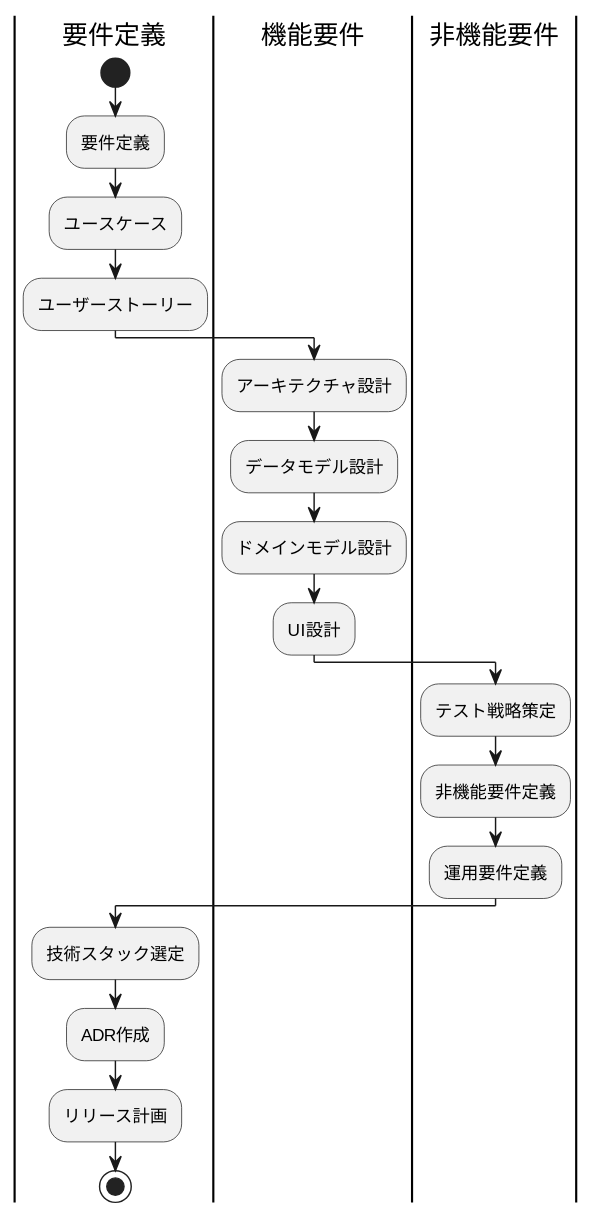
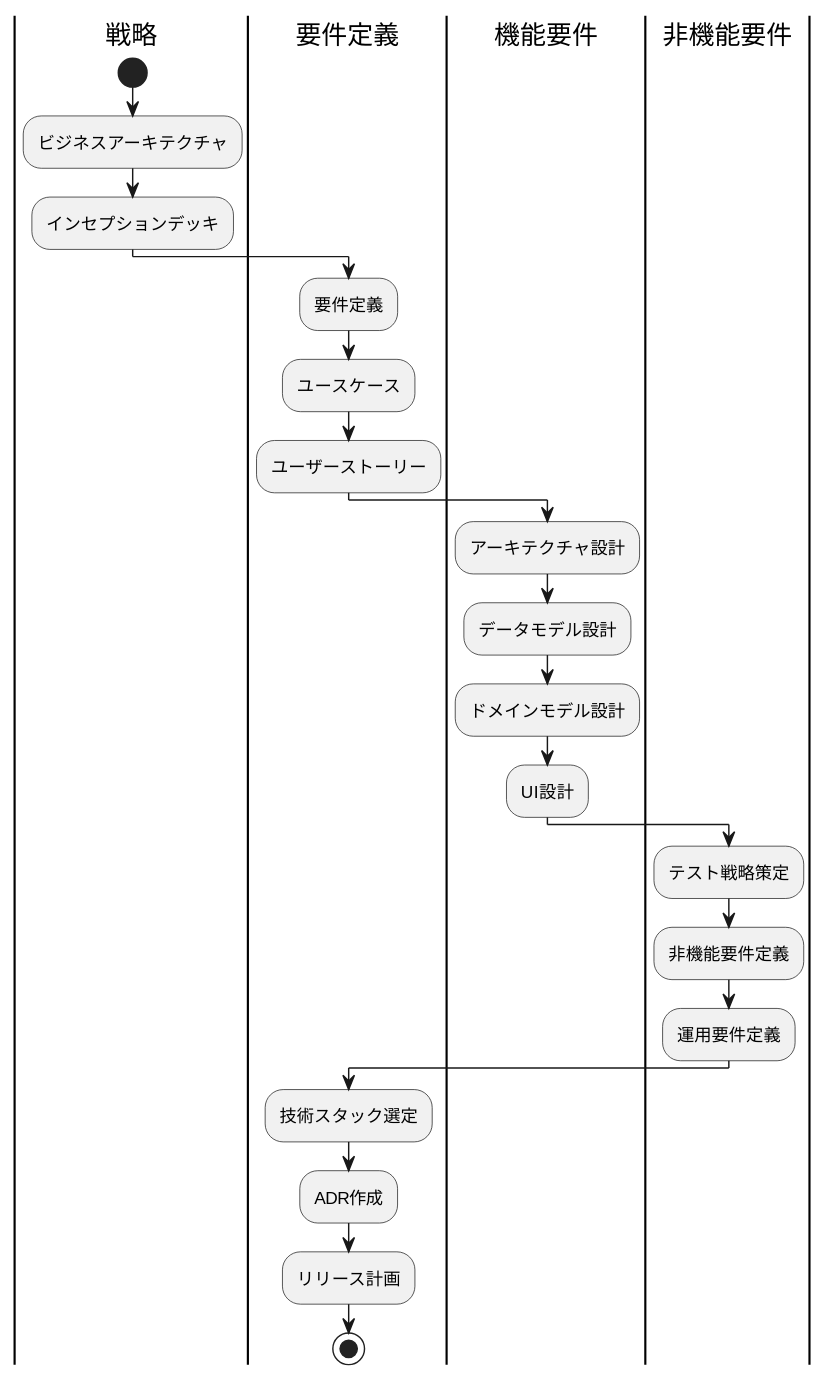
The second of 7 diagrams in lib/assets/docs/reference/開発ガイド.md (k2works/claude-code-booster), drawn with PlantUML before and after one commit. The commit also changed other lines of this file and 6 other files, not shown here.

````diff
--- a/lib/assets/docs/reference/開発ガイド.md
+++ b/lib/assets/docs/reference/開発ガイド.md
@@ -40,28 +40,31 @@
 ```plantuml
 @startuml "Phase 1"
+|戦略|
+start
+:ビジネスアーキテクチャ;
+:インセプションデッキ;
 |要件定義|
-start
 :要件定義;
 :ユースケース;
 :ユーザーストーリー;
 
 |機能要件|
 :アーキテクチャ設計;
 :データモデル設計;
 :ドメインモデル設計;
 :UI設計;
 
 |非機能要件|
 :テスト戦略策定;
 :非機能要件定義;
 :運用要件定義;
 
 |要件定義|
 :技術スタック選定;
 :ADR作成;
 :リリース計画;
 
 stop
 
 @enduml
 ```
````
